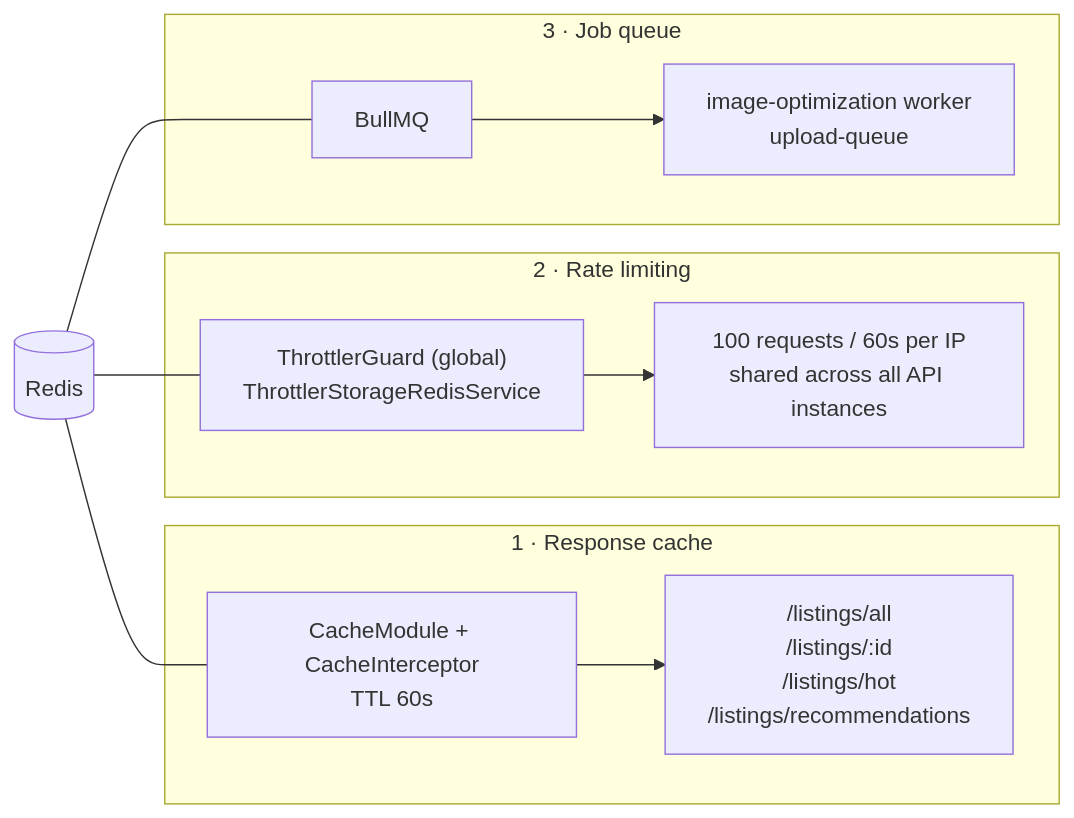
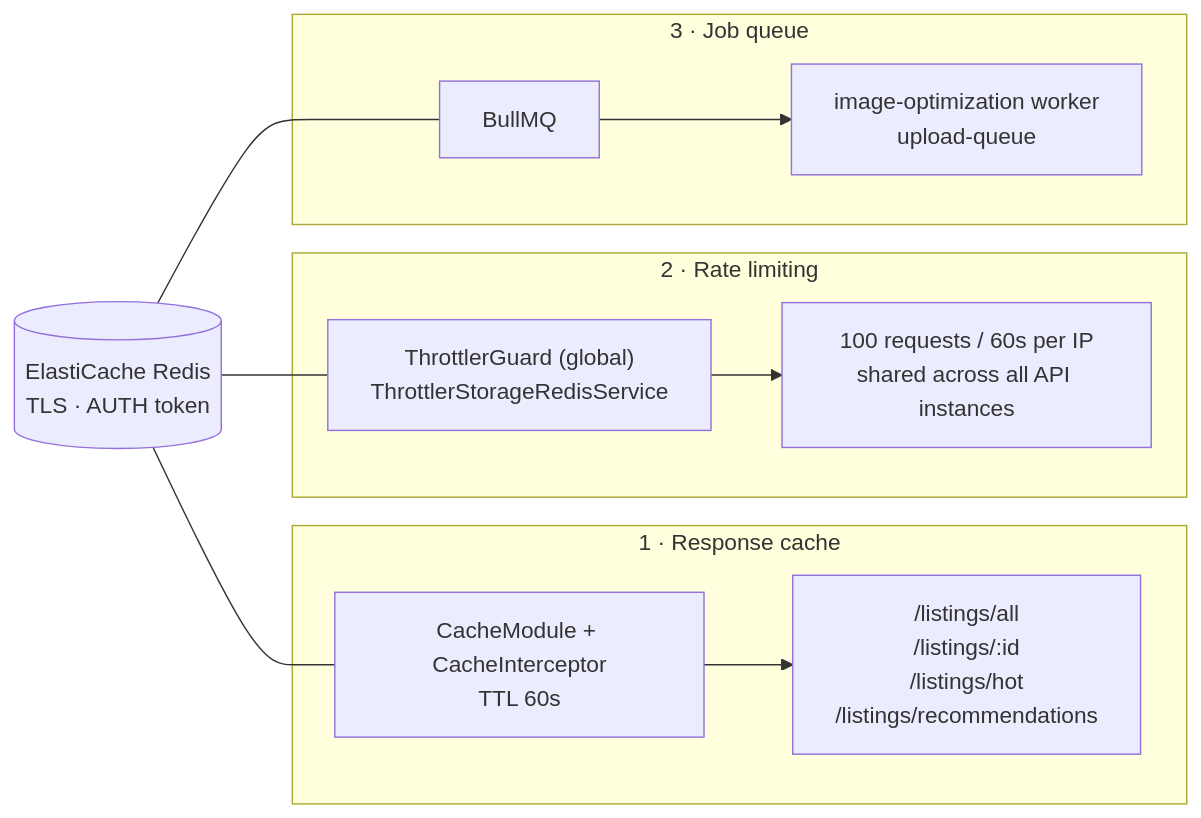
One commit to kiet08hogit/Orbit changed diagram 13 of 14 in README.md. Above: the diagram before and after it, drawn with Mermaid. The commit also changed other lines of this file, not shown here.

Commit message:
docs: show ElastiCache and WAF in the architecture diagrams

````diff
--- a/README.md
+++ b/README.md
@@ -628,23 +631,23 @@
 ```mermaid
 graph LR
-    Redis[("Redis")]
+    Redis[("ElastiCache Redis<br/>TLS · AUTH token")]
 
     subgraph c1["1 · Response cache"]
         CM["CacheModule + CacheInterceptor<br/>TTL 60s"]
         CM --> Routes["/listings/all<br/>/listings/:id<br/>/listings/hot<br/>/listings/recommendations"]
     end
 
     subgraph c2["2 · Rate limiting"]
         TH["ThrottlerGuard (global)<br/>ThrottlerStorageRedisService"]
         TH --> Limit["100 requests / 60s per IP<br/>shared across all API instances"]
     end
 
     subgraph c3["3 · Job queue"]
         BQ["BullMQ"]
         BQ --> W["image-optimization worker<br/>upload-queue"]
     end
 
     Redis --- CM
     Redis --- TH
     Redis --- BQ
 ```
````
